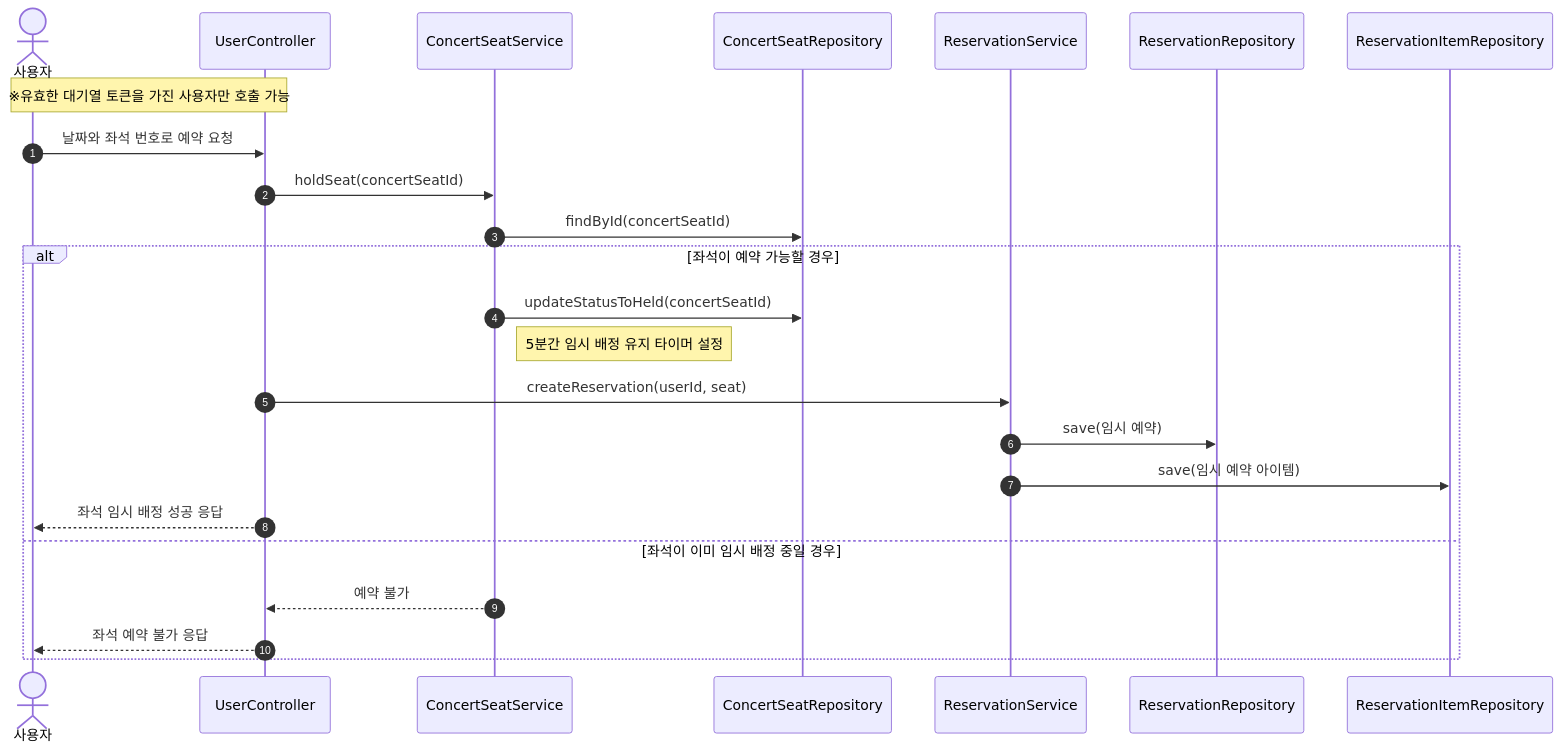
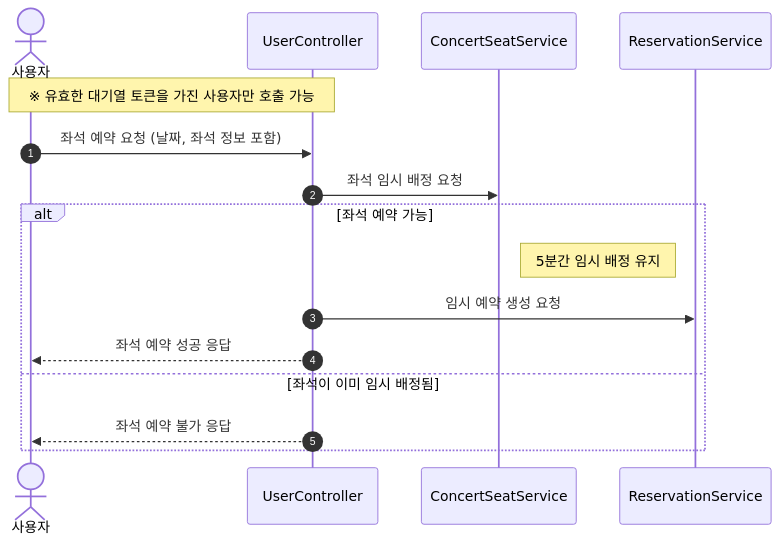
Before and after one commit to uuununew/concert-system: the fourth of 8 diagrams in docs/SEQUENCE.md, drawn with Mermaid. The commit also changed other lines of this file, not shown here.

Commit message:
시퀀스 다이어그램 추가

````diff
--- a/docs/SEQUENCE.md
+++ b/docs/SEQUENCE.md
@@ -107,29 +110,21 @@
 ```mermaid
 sequenceDiagram
     autonumber
     actor 사용자
     participant UserController
     participant ConcertSeatService
-    participant ConcertSeatRepository
     participant ReservationService
-    participant ReservationRepository
-    participant ReservationItemRepository
 
-    note over 사용자, UserController: ※유효한 대기열 토큰을 가진 사용자만 호출 가능
+    note over 사용자, UserController: ※ 유효한 대기열 토큰을 가진 사용자만 호출 가능
 
-    사용자 ->> UserController: 날짜와 좌석 번호로 예약 요청
-    UserController ->> ConcertSeatService: holdSeat(concertSeatId)
-    ConcertSeatService ->> ConcertSeatRepository: findById(concertSeatId)
+    사용자 ->> UserController: 좌석 예약 요청 (날짜, 좌석 정보 포함)
+    UserController ->> ConcertSeatService: 좌석 임시 배정 요청
 
-    alt 좌석이 예약 가능할 경우
-        ConcertSeatService ->> ConcertSeatRepository: updateStatusToHeld(concertSeatId)
-        note right of ConcertSeatService: 5분간 임시 배정 유지 타이머 설정
-        UserController ->> ReservationService: createReservation(userId, seat)
-        ReservationService ->> ReservationRepository: save(임시 예약)
-        ReservationService ->> ReservationItemRepository: save(임시 예약 아이템)
-        UserController -->> 사용자: 좌석 임시 배정 성공 응답
-    else 좌석이 이미 임시 배정 중일 경우
-        ConcertSeatService -->> UserController: 예약 불가
+    alt 좌석 예약 가능
+        note right of ConcertSeatService: 5분간 임시 배정 유지
+        UserController ->> ReservationService: 임시 예약 생성 요청
+        UserController -->> 사용자: 좌석 예약 성공 응답
+    else 좌석이 이미 임시 배정됨
         UserController -->> 사용자: 좌석 예약 불가 응답
     end
 ```
````
